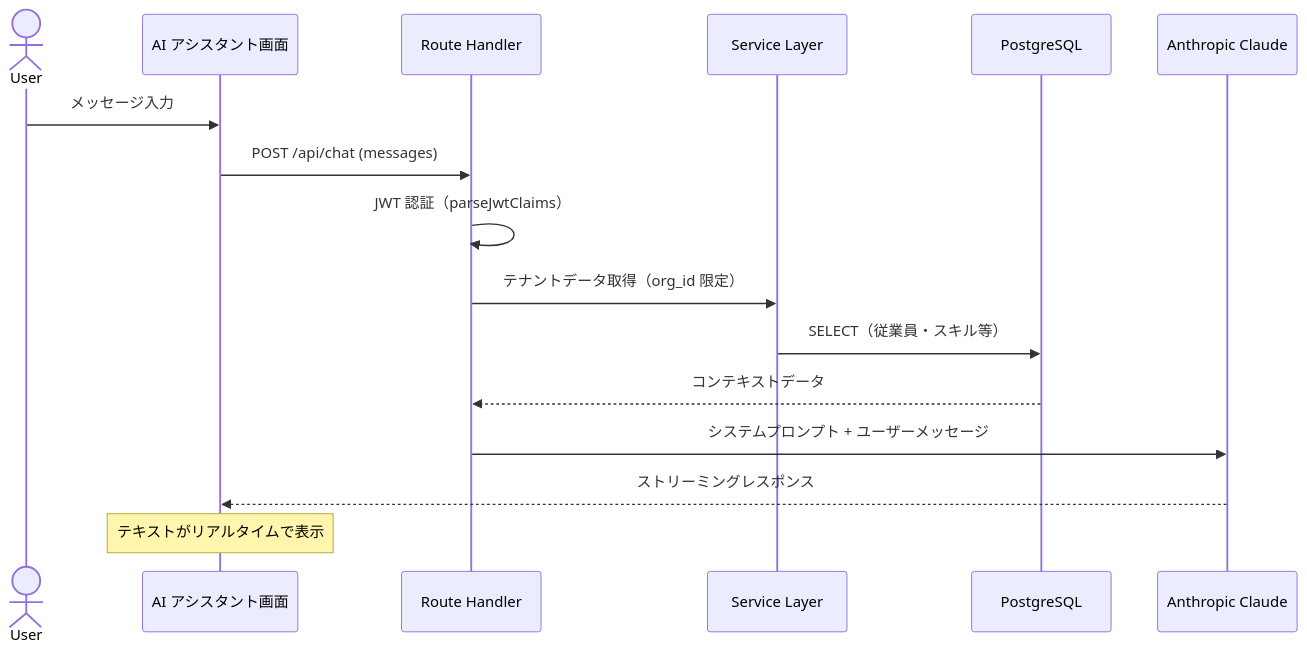
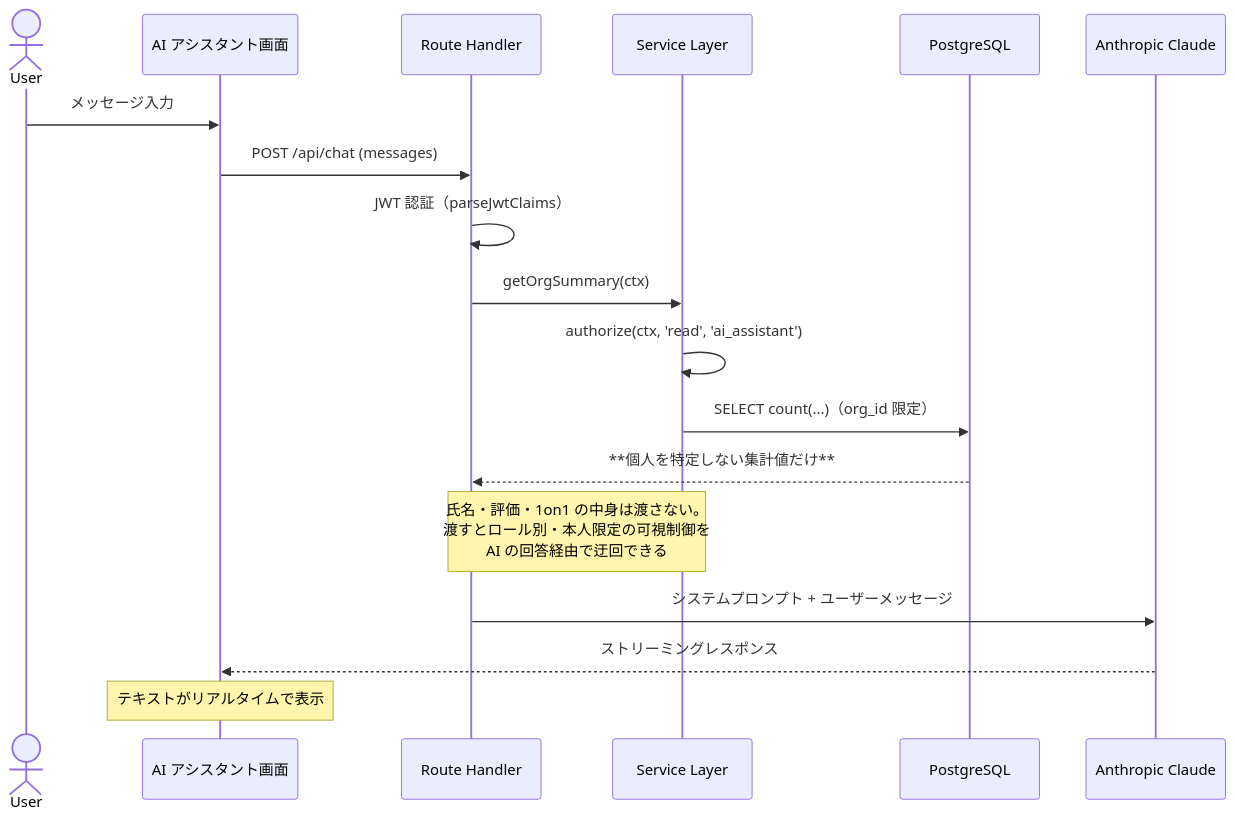
Before and after one commit to TakuyaMiyashita/fondra-hr: the ninth of 9 diagrams in docs/design/user-flows.md, drawn with Mermaid. The commit also changed other lines of this file, not shown here.

First line of the commit message:
docs: フロー図と実装の食い違いを直す (#74)

````diff
--- a/docs/design/user-flows.md
+++ b/docs/design/user-flows.md
@@ -278,19 +309,21 @@
 ```mermaid
 sequenceDiagram
     actor User
     participant UI as AI アシスタント画面
     participant API as Route Handler
     participant SVC as Service Layer
     participant DB as PostgreSQL
     participant LLM as Anthropic Claude
 
     User->>UI: メッセージ入力
     UI->>API: POST /api/chat (messages)
     API->>API: JWT 認証（parseJwtClaims）
-    API->>SVC: テナントデータ取得（org_id 限定）
-    SVC->>DB: SELECT（従業員・スキル等）
-    DB-->>API: コンテキストデータ
+    API->>SVC: getOrgSummary(ctx)
+    SVC->>SVC: authorize(ctx, 'read', 'ai_assistant')
+    SVC->>DB: SELECT count(...)（org_id 限定）
+    DB-->>API: **個人を特定しない集計値だけ**
+    Note over SVC,API: 氏名・評価・1on1 の中身は渡さない。<br/>渡すとロール別・本人限定の可視制御を<br/>AI の回答経由で迂回できる
     API->>LLM: システムプロンプト + ユーザーメッセージ
     LLM-->>UI: ストリーミングレスポンス
     Note over UI: テキストがリアルタイムで表示
 ```
````
